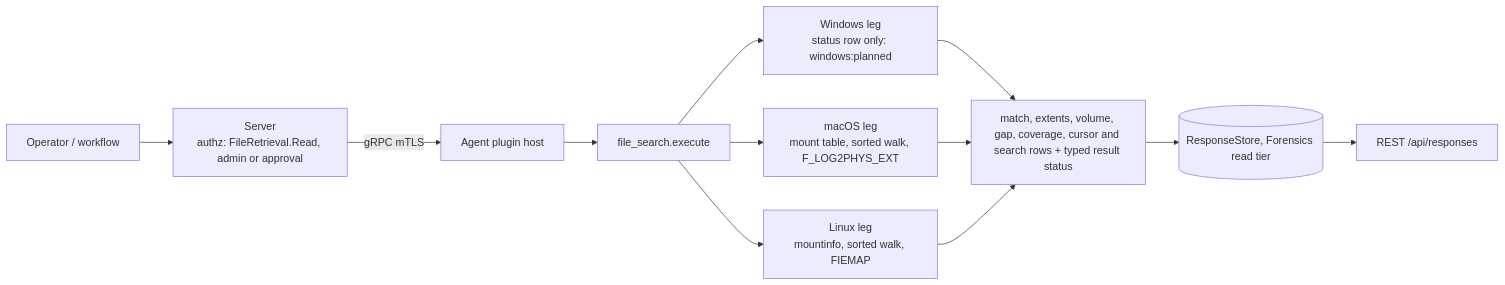
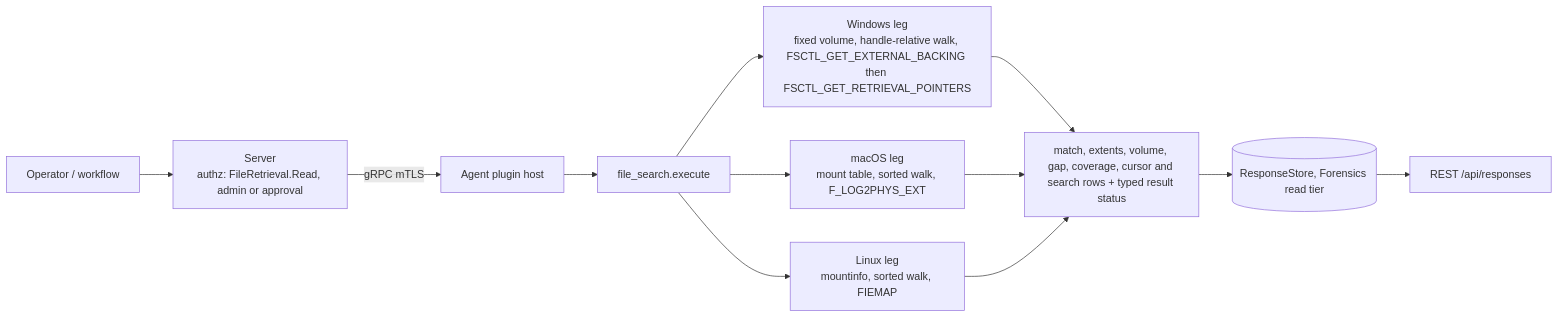
One commit to DevNullLtd/Yuzu changed the diagram in agents/plugins/file_search/README.md. Above: the diagram before and after it, drawn with Mermaid. The commit also changed other lines of this file and 58 other files, not shown here.

````diff
--- a/agents/plugins/file_search/README.md
+++ b/agents/plugins/file_search/README.md
@@ -21,9 +21,9 @@
 ```mermaid
 flowchart LR
   OP[Operator / workflow] --> SRV[Server<br/>authz: FileRetrieval.Read, admin or approval]
   SRV -- gRPC mTLS --> HOST[Agent plugin host] --> EX[file_search.execute]
-  EX --> WIN[Windows leg<br/>status row only: windows:planned]
+  EX --> WIN[Windows leg<br/>fixed volume, handle-relative walk, FSCTL_GET_EXTERNAL_BACKING then FSCTL_GET_RETRIEVAL_POINTERS]
   EX --> MAC[macOS leg<br/>mount table, sorted walk, F_LOG2PHYS_EXT]
   EX --> LIN[Linux leg<br/>mountinfo, sorted walk, FIEMAP]
   WIN & MAC & LIN --> ROWS[match, extents, volume, gap, coverage, cursor and search rows + typed result status] --> RS[(ResponseStore, Forensics read tier)] --> API[REST /api/responses]
 ```
````
